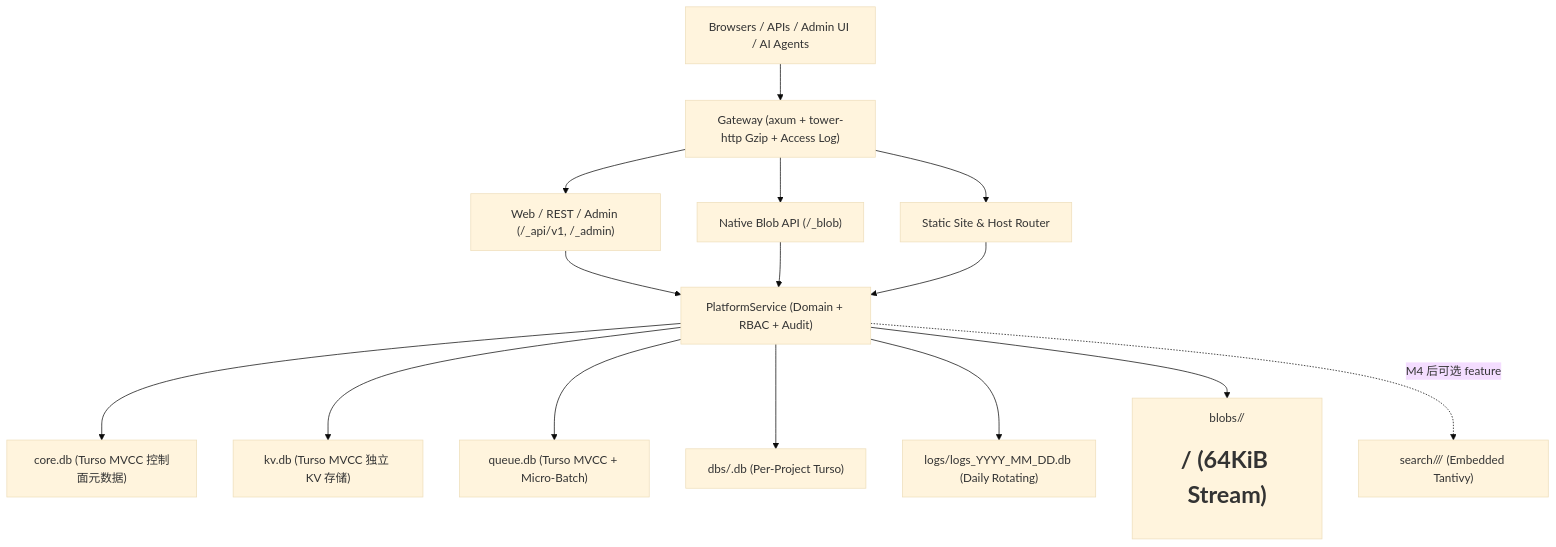
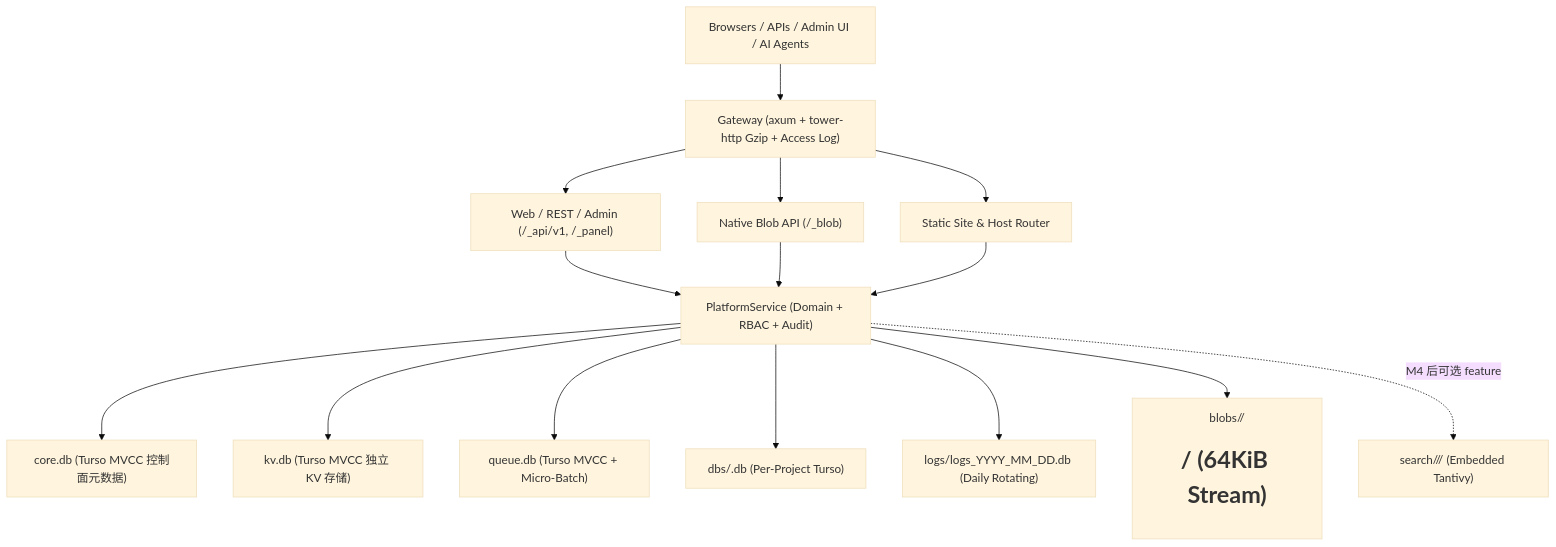
One commit to ferropod/ferropod changed the diagram in docs/PRODUCT_DEV_DOC.md. Above: the diagram before and after it, drawn with Mermaid (base theme). The commit also changed other lines of this file and 5 other files, not shown here.

````diff
--- a/docs/PRODUCT_DEV_DOC.md
+++ b/docs/PRODUCT_DEV_DOC.md
@@ -22,17 +22,17 @@
 ```mermaid
 flowchart TD
   Client["Browsers / APIs / Admin UI / AI Agents"] --> GW["Gateway (axum + tower-http Gzip + Access Log)"]
-  GW --> Web["Web / REST / Admin (/_api/v1, /_admin)"]
+  GW --> Web["Web / REST / Admin (/_api/v1, /_panel)"]
   GW --> Blob["Native Blob API (/_blob)"]
   GW --> Static["Static Site & Host Router"]
   Web --> Svc["PlatformService (Domain + RBAC + Audit)"]
   Blob --> Svc
   Static --> Svc
   Svc --> CoreDB["core.db (Turso MVCC 控制面元数据)"]
   Svc --> KvDB["kv.db (Turso MVCC 独立 KV 存储)"]
   Svc --> QueueDB["queue.db (Turso MVCC + Micro-Batch)"]
   Svc --> UserDB["dbs/<id>.db (Per-Project Turso)"]
   Svc --> LogDB["logs/logs_YYYY_MM_DD.db (Daily Rotating)"]
   Svc --> BlobFS["blobs/<h0>/<h1>/<sha256> (64KiB Stream)"]
   Svc -. "M4 后可选 feature" .-> SearchFS["search/<proj>/<idx>/ (Embedded Tantivy)"]
 ```
````
